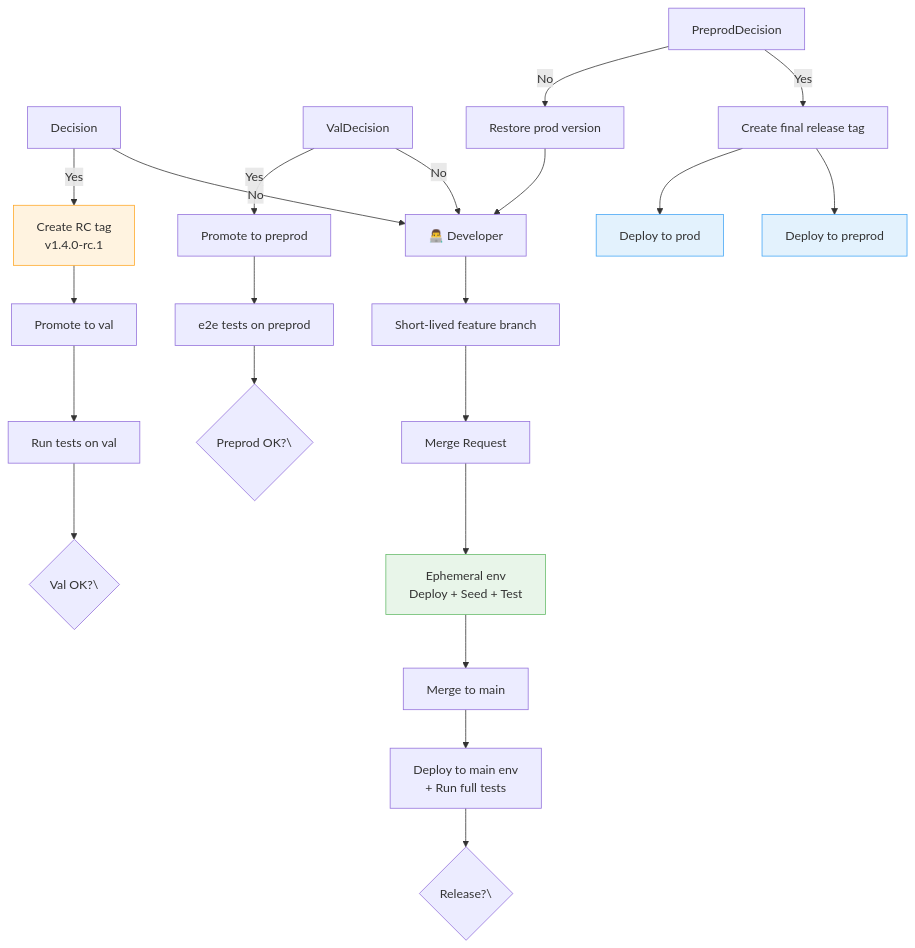
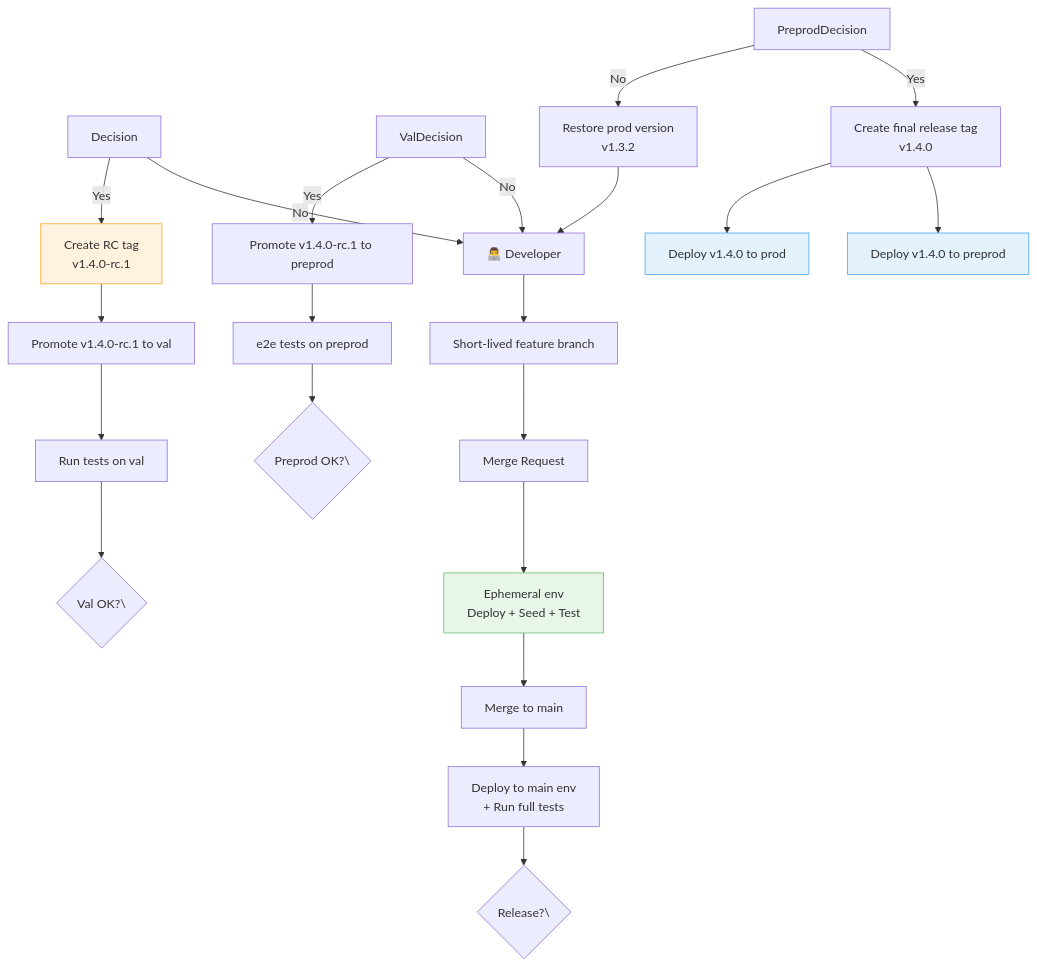
The seventh of 8 diagrams in content/posts/2026-04-16-trunk-based-development-gitlab-gitops.md/index.md (sunix/blog.sunix.org), drawn with Mermaid before and after one commit.

Commit message:
feat: add precise version numbers to Full Picture flowchart steps
Agent-Logs-Url: https://github.com/sunix/blog.sunix.org/sessions/51c98b85-7e34-4f07-8094-876440704db4

````diff
--- a/content/posts/2026-04-16-trunk-based-development-gitlab-gitops.md/index.md
+++ b/content/posts/2026-04-16-trunk-based-development-gitlab-gitops.md/index.md
@@ -297,28 +297,28 @@
 ```mermaid
 flowchart TD
     Dev[👨‍💻 Developer] --> Branch[Short-lived feature branch]
     Branch --> MR[Merge Request]
     MR --> EphEnv[Ephemeral env\nDeploy + Seed + Test]
     EphEnv --> Merge[Merge to main]
     Merge --> Deploy[Deploy to main env\n+ Run full tests]
     Deploy --> Decision\{Release?\}
     Decision -- No --> Dev
     Decision -- Yes --> RC[Create RC tag\nv1.4.0-rc.1]
-    RC --> Val[Promote to val]
+    RC --> Val[Promote v1.4.0-rc.1 to val]
     Val --> ValTests[Run tests on val]
     ValTests --> ValDecision\{Val OK?\}
     ValDecision -- No --> Dev
-    ValDecision -- Yes --> Preprod[Promote to preprod]
+    ValDecision -- Yes --> Preprod[Promote v1.4.0-rc.1 to preprod]
     Preprod --> PreprodTests[e2e tests on preprod]
     PreprodTests --> PreprodDecision\{Preprod OK?\}
-    PreprodDecision -- Yes --> FinalRelease[Create final release tag]
-    PreprodDecision -- No --> Restore[Restore prod version]
+    PreprodDecision -- Yes --> FinalRelease[Create final release tag\nv1.4.0]
+    PreprodDecision -- No --> Restore[Restore prod version\nv1.3.2]
     Restore --> Dev
-    FinalRelease --> DeployPreprod[Deploy to preprod]
-    FinalRelease --> DeployProd[Deploy to prod]
+    FinalRelease --> DeployPreprod[Deploy v1.4.0 to preprod]
+    FinalRelease --> DeployProd[Deploy v1.4.0 to prod]
 
     style EphEnv fill:#e8f5e9,stroke:#66bb6a
     style RC fill:#fff3e0,stroke:#ffa726
     style DeployPreprod fill:#e3f2fd,stroke:#42a5f5
     style DeployProd fill:#e3f2fd,stroke:#42a5f5
 ```
````
